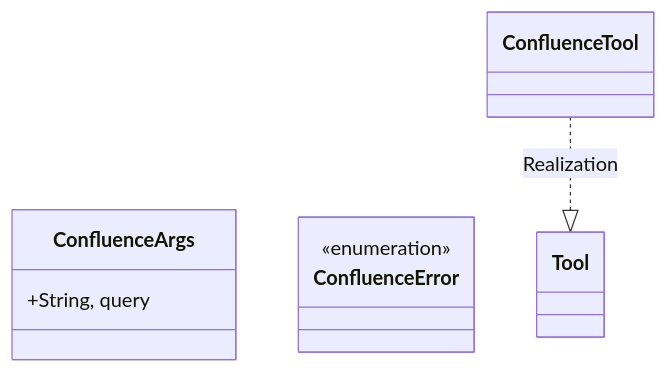
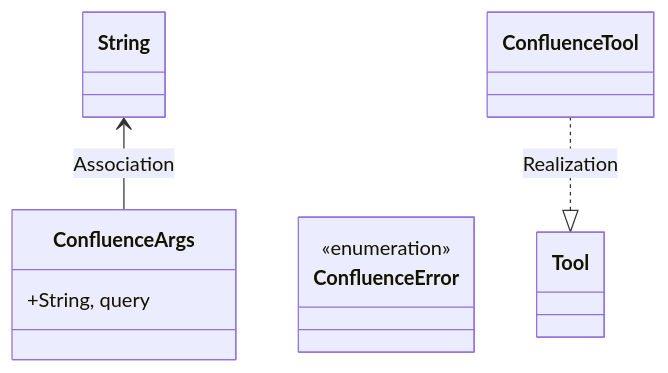
The first of 2 diagrams in openwiki/src/infrastructure/tools/confluence.md (lgcorzo/fastapi-autogen-team), drawn with Mermaid before and after one commit. The commit also changed other lines of this file and 22 other files, not shown here.

````diff
--- a/openwiki/src/infrastructure/tools/confluence.md
+++ b/openwiki/src/infrastructure/tools/confluence.md
@@ -26,11 +26,12 @@
 ```mermaid
 classDiagram
     direction BT
     class ConfluenceArgs {
         +String, query
     }
     class ConfluenceError {
         <<enumeration>>
     }
+    ConfluenceArgs --> String : Association
     Tool <|.. ConfluenceTool : Realization
 ```
````
